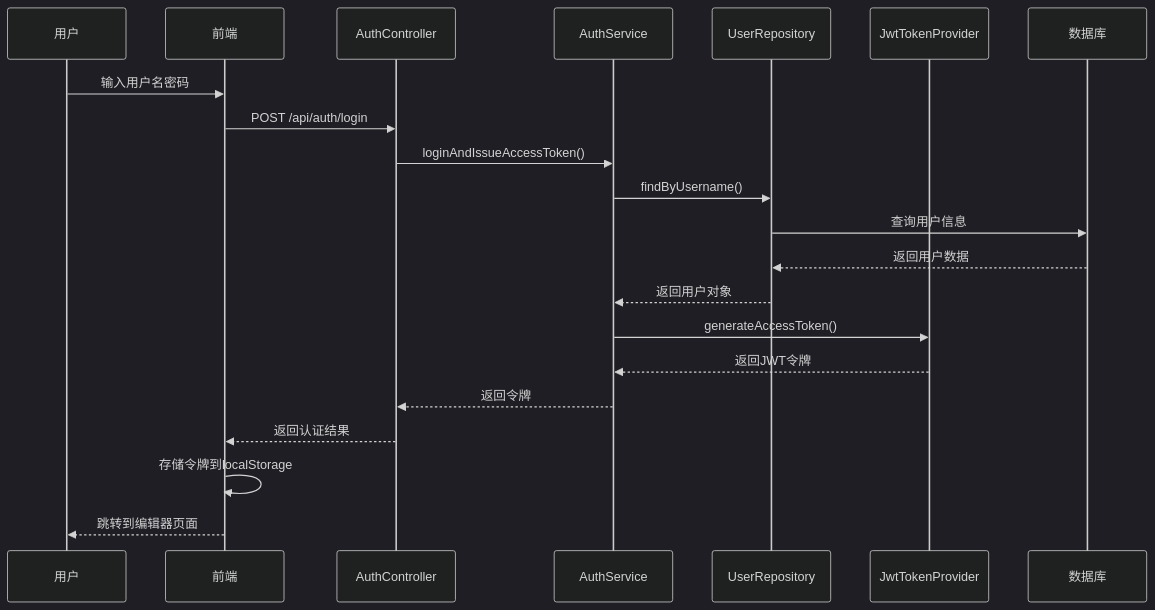
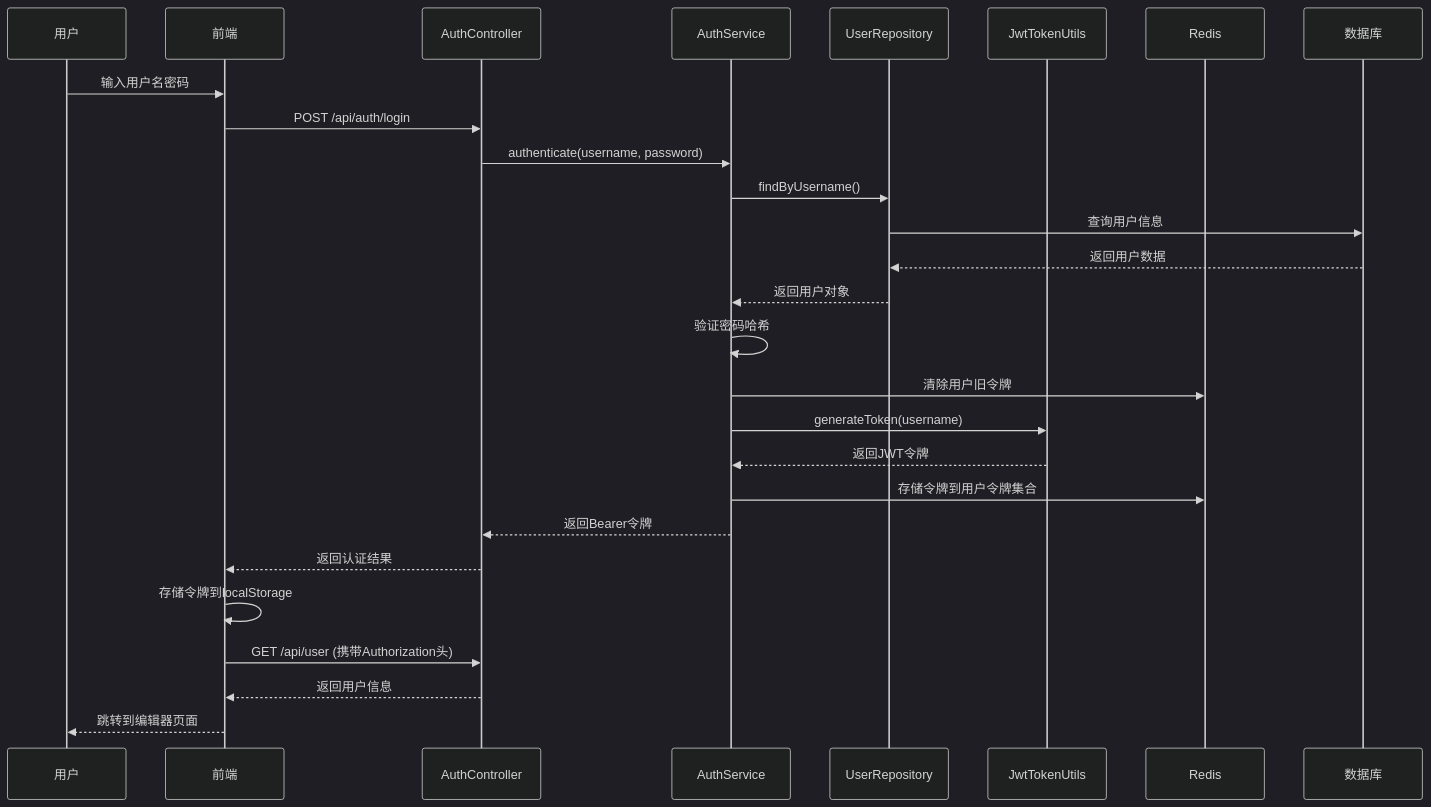
Before and after one commit to Alive0103/C-CodeLab: the seventh of 12 diagrams in 后端详细设计.md, drawn with Mermaid (dark theme). The commit also changed other lines of this file and 18 other files, not shown here.

````diff
--- a/后端详细设计.md
+++ b/后端详细设计.md
@@ -422,24 +434,30 @@
 ```mermaid
 sequenceDiagram
     participant U as 用户
     participant F as 前端
     participant A as AuthController
     participant S as AuthService
     participant R as UserRepository
-    participant J as JwtTokenProvider
+    participant J as JwtTokenUtils
+    participant Redis as Redis
     participant D as 数据库
 
     U->>F: 输入用户名密码
     F->>A: POST /api/auth/login
-    A->>S: loginAndIssueAccessToken()
+    A->>S: authenticate(username, password)
     S->>R: findByUsername()
     R->>D: 查询用户信息
     D-->>R: 返回用户数据
     R-->>S: 返回用户对象
-    S->>J: generateAccessToken()
+    S->>S: 验证密码哈希
+    S->>Redis: 清除用户旧令牌
+    S->>J: generateToken(username)
     J-->>S: 返回JWT令牌
-    S-->>A: 返回令牌
+    S->>Redis: 存储令牌到用户令牌集合
+    S-->>A: 返回Bearer令牌
     A-->>F: 返回认证结果
     F->>F: 存储令牌到localStorage
+    F->>A: GET /api/user (携带Authorization头)
+    A-->>F: 返回用户信息
     F-->>U: 跳转到编辑器页面
 ```
````
